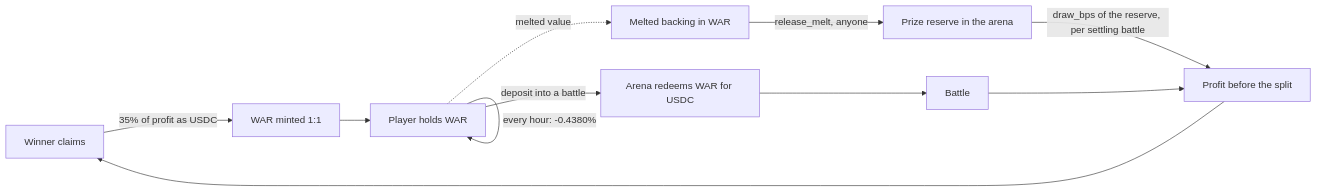
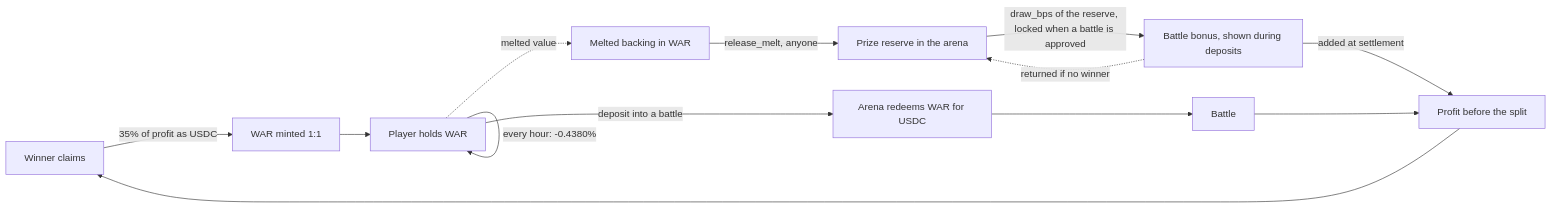
One commit to mferdinandr/valtrums changed the fourth of 4 diagrams in docs/flow.md. Above: the diagram before and after it, drawn with Mermaid. The commit also changed other lines of this file, not shown here.

Commit message:
docs: show the prize bonus locked at approval in the flow

````diff
--- a/docs/flow.md
+++ b/docs/flow.md
@@ -120,13 +127,15 @@
 ```mermaid
 flowchart LR
     C[Winner claims] -->|35% of profit as USDC| M[WAR minted 1:1]
     M --> H[Player holds WAR]
     H -->|every hour: -0.4380%| H
     H -->|deposit into a battle| R[Arena redeems WAR for USDC]
     R --> B[Battle]
     H -.->|melted value| MB[Melted backing in WAR]
     MB -->|release_melt, anyone| PR[Prize reserve in the arena]
-    PR -->|draw_bps of the reserve, per settling battle| S[Profit before the split]
+    PR -->|draw_bps of the reserve, locked when a battle is approved| BON[Battle bonus, shown during deposits]
+    BON -->|added at settlement| S[Profit before the split]
+    BON -.->|returned if no winner| PR
     B --> S
     S --> C
 ```
````
